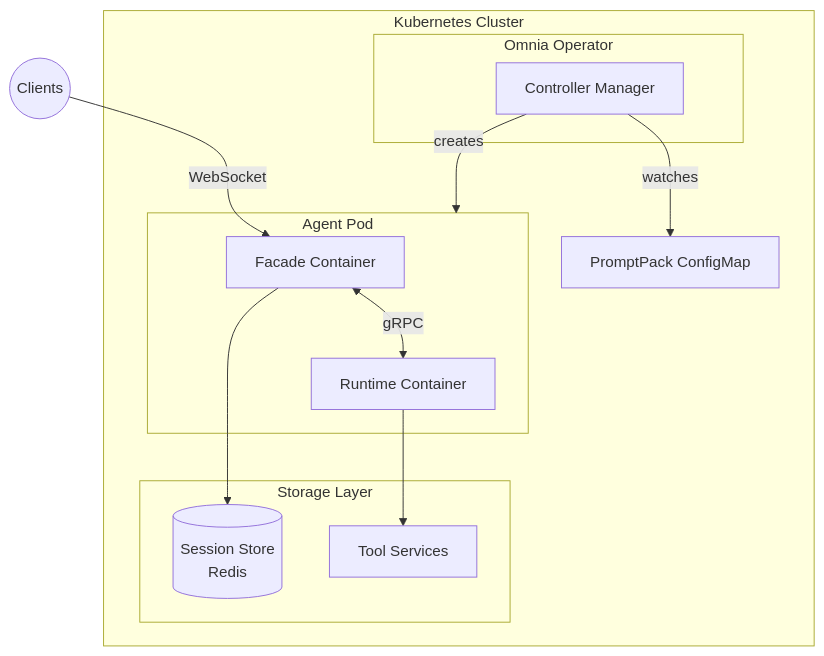
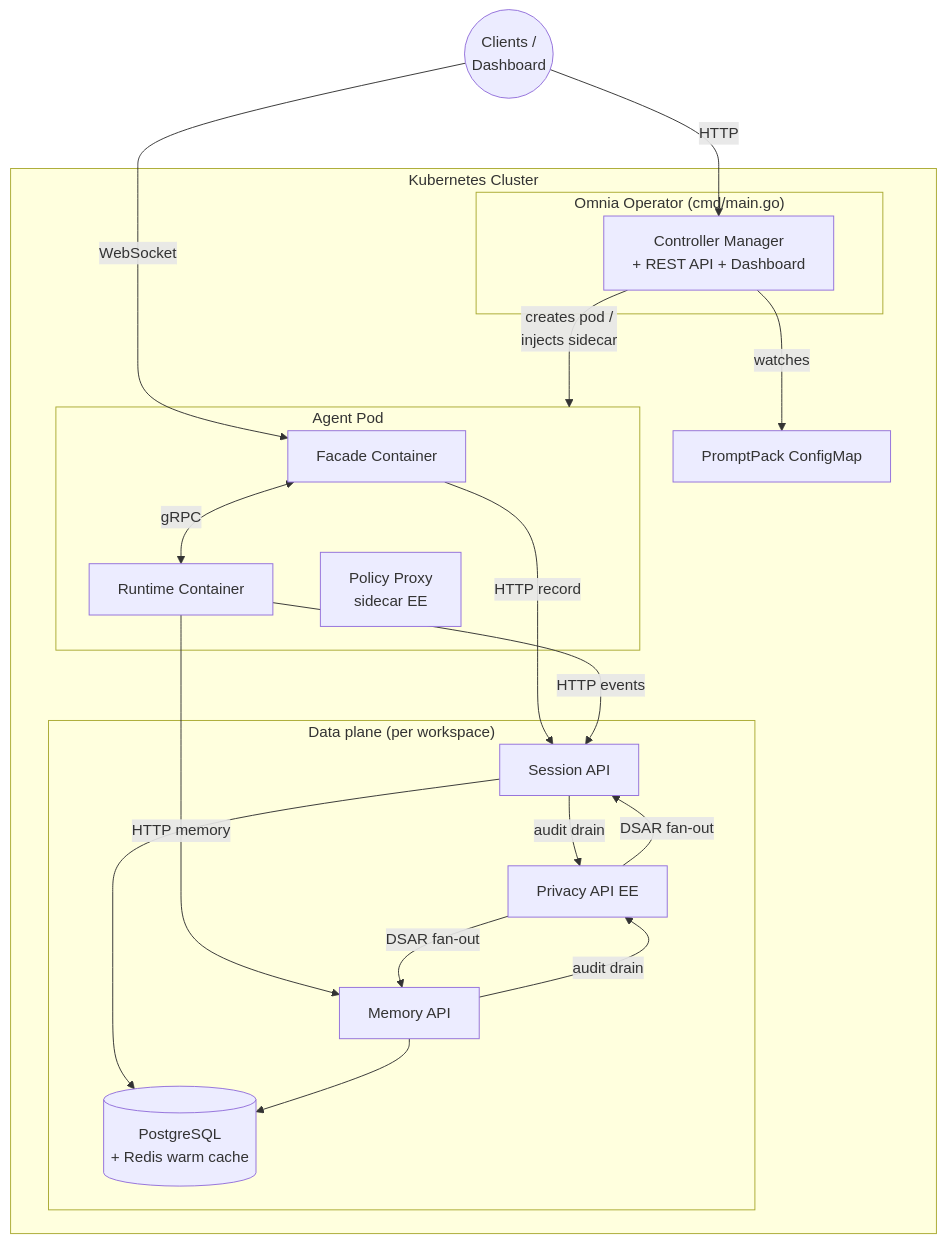
The first of 6 diagrams in docs/src/content/docs/explanation/platform/architecture.md (AltairaLabs/Omnia), drawn with Mermaid before and after one commit. The commit also changed other lines of this file and 25 other files, not shown here.

First line of the commit message:
docs: refresh memory, privacy, topology, arena & licensing docs

````diff
--- a/docs/src/content/docs/explanation/platform/architecture.md
+++ b/docs/src/content/docs/explanation/platform/architecture.md
@@ -15,27 +19,40 @@
 ```mermaid
 graph TB
+    clients((Clients /<br/>Dashboard))
+
     subgraph cluster["Kubernetes Cluster"]
-        subgraph operator["Omnia Operator"]
-            op[Controller Manager]
+        subgraph operator["Omnia Operator (cmd/main.go)"]
+            op[Controller Manager<br/>+ REST API + Dashboard]
         end
 
         subgraph pod["Agent Pod"]
             facade[Facade Container]
             runtime[Runtime Container]
+            proxy[Policy Proxy<br/>sidecar EE]
             facade <-->|gRPC| runtime
         end
 
-        op -->|creates| pod
+        subgraph data["Data plane (per workspace)"]
+            session[Session API]
+            memory[Memory API]
+            privacy[Privacy API EE]
+            pg[(PostgreSQL<br/>+ Redis warm cache)]
+        end
+
+        op -->|creates pod /<br/>injects sidecar| pod
         op -->|watches| pp[PromptPack ConfigMap]
 
-        subgraph storage["Storage Layer"]
-            session[(Session Store<br/>Redis)]
-            tools[Tool Services]
-        end
-
-        facade --> session
-        runtime --> tools
+        facade -->|HTTP record| session
+        runtime -->|HTTP events| session
+        runtime -->|HTTP memory| memory
+        session --> pg
+        memory --> pg
+        session -->|audit drain| privacy
+        memory -->|audit drain| privacy
+        privacy -->|DSAR fan-out| session
+        privacy -->|DSAR fan-out| memory
     end
 
-    clients((Clients)) -->|WebSocket| facade
+    clients -->|WebSocket| facade
+    clients -->|HTTP| op
 ```
````
